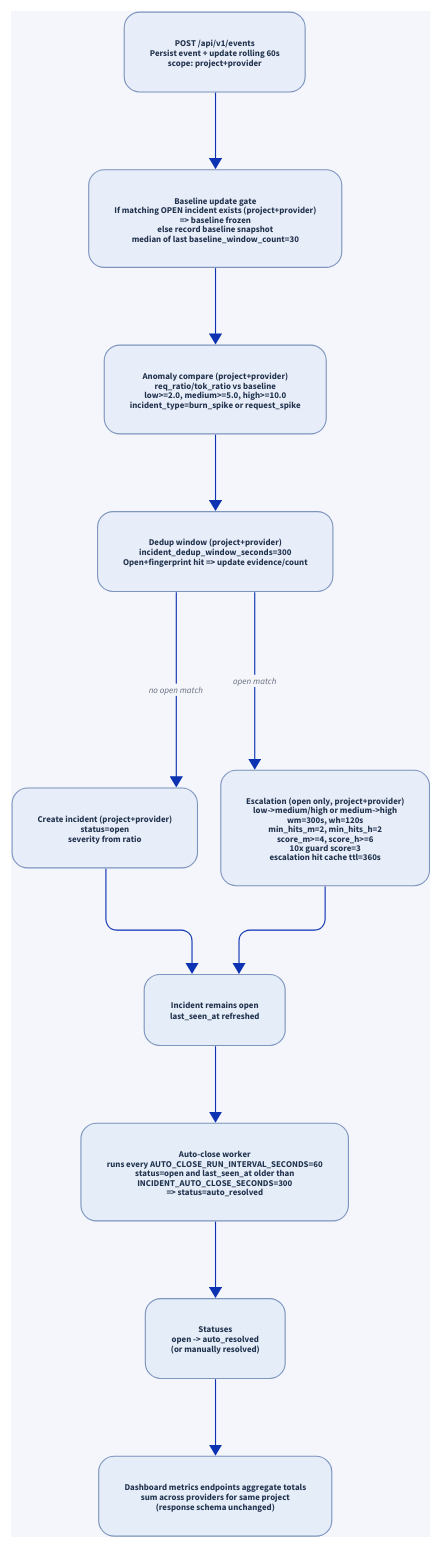
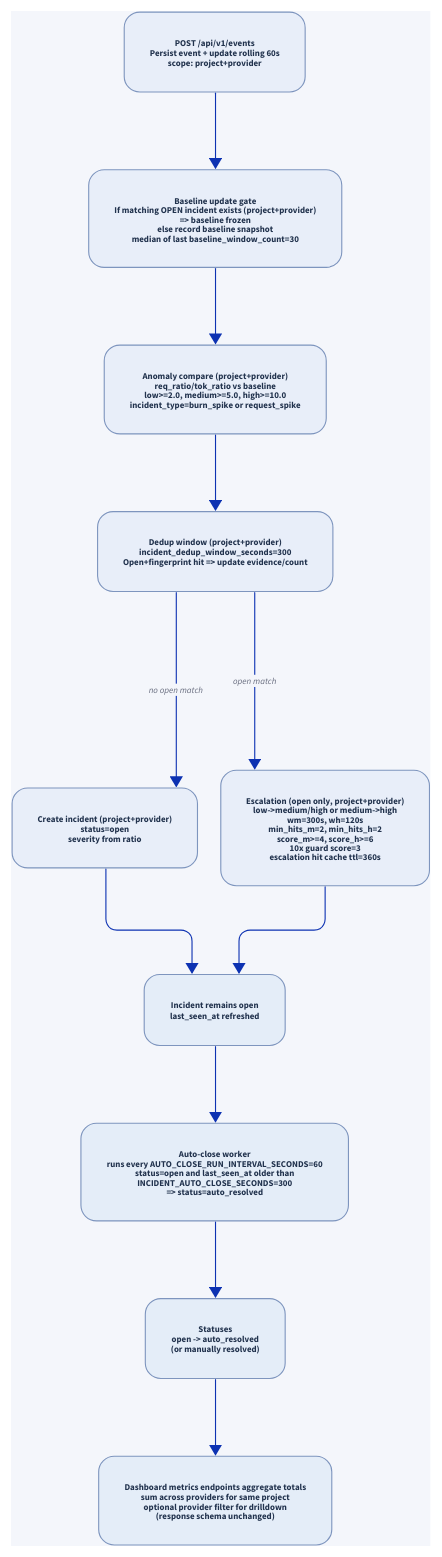
The diagram in docs/architecture/incident_flow.d2 (MichaelTelvin/Rheonic), drawn with D2 before and after one commit. The commit also changed 23 other files, not shown here.

Commit message:
dashboard filtering per provider

```diff
--- a/docs/architecture/incident_flow.d2
+++ b/docs/architecture/incident_flow.d2
@@ -1,184 +1,184 @@
 direction: down
 
 vars: {
   d2-config: {
     pad: 22
     sketch: false
     layout-engine: elk
   }
 }
 
 style: {
   fill: "#f4f6fb"
 }
 
 ingest: "POST /api/v1/events\nPersist event + update rolling 60s\nscope: project+provider" {
   style: {
     fill: "#e8eef9"
     stroke: "#7e95be"
     font-color: "#21324d"
     border-radius: 14
     font-size: 8
     stroke-width: 1
   }
 }
 
 baseline: "Baseline update gate\nIf matching OPEN incident exists (project+provider)\n=> baseline frozen\nelse record baseline snapshot\nmedian of last baseline_window_count=30" {
   style: {
     fill: "#e8eef9"
     stroke: "#7e95be"
     font-color: "#21324d"
     border-radius: 14
     font-size: 8
     stroke-width: 1
   }
 }
 
 detect: "Anomaly compare (project+provider)\nreq_ratio/tok_ratio vs baseline\nlow>=2.0, medium>=5.0, high>=10.0\nincident_type=burn_spike or request_spike" {
   style: {
     fill: "#e8eef9"
     stroke: "#7e95be"
     font-color: "#21324d"
     border-radius: 14
     font-size: 8
     stroke-width: 1
   }
 }
 
 dedup: "Dedup window (project+provider)\nincident_dedup_window_seconds=300\nOpen+fingerprint hit => update evidence/count" {
   style: {
     fill: "#e8eef9"
     stroke: "#7e95be"
     font-color: "#21324d"
     border-radius: 14
     font-size: 8
     stroke-width: 1
   }
 }
 
 create: "Create incident (project+provider)\nstatus=open\nseverity from ratio" {
   style: {
     fill: "#e8eef9"
     stroke: "#7e95be"
     font-color: "#21324d"
     border-radius: 14
     font-size: 8
     stroke-width: 1
   }
 }
 
 escalate: "Escalation (open only, project+provider)\nlow->medium/high or medium->high\nwm=300s, wh=120s\nmin_hits_m=2, min_hits_h=2\nscore_m>=4, score_h>=6\n10x guard score=3\nescalation hit cache ttl=360s" {
   style: {
     fill: "#e8eef9"
     stroke: "#7e95be"
     font-color: "#21324d"
     border-radius: 14
     font-size: 8
     stroke-width: 1
   }
 }
 
 keep_open: "Incident remains open\nlast_seen_at refreshed" {
   style: {
     fill: "#e4edf8"
     stroke: "#7e95be"
     font-color: "#21324d"
     border-radius: 14
     font-size: 8
     stroke-width: 1
   }
 }
 
 auto_close: "Auto-close worker\nruns every AUTO_CLOSE_RUN_INTERVAL_SECONDS=60\nstatus=open and last_seen_at older than\nINCIDENT_AUTO_CLOSE_SECONDS=300\n=> status=auto_resolved" {
   style: {
     fill: "#e4edf8"
     stroke: "#7e95be"
     font-color: "#21324d"
     border-radius: 14
     font-size: 8
     stroke-width: 1
   }
 }
 
 resolved: "Statuses\nopen -> auto_resolved\n(or manually resolved)" {
   style: {
     fill: "#e4edf8"
     stroke: "#7e95be"
     font-color: "#21324d"
     border-radius: 14
     font-size: 8
     stroke-width: 1
   }
 }
 
-aggregate: "Dashboard metrics endpoints aggregate totals\nsum across providers for same project\n(response schema unchanged)" {
+aggregate: "Dashboard metrics endpoints aggregate totals\nsum across providers for same project\noptional provider filter for drilldown\n(response schema unchanged)" {
   style: {
     fill: "#e4edf8"
     stroke: "#7e95be"
     font-color: "#21324d"
     border-radius: 14
     font-size: 8
     stroke-width: 1
   }
 }
 
 ingest -> baseline: {
   style: {
     stroke-width: 1
     font-size: 8
   }
 }
 baseline -> detect: {
   style: {
     stroke-width: 1
     font-size: 8
   }
 }
 detect -> dedup: {
   style: {
     stroke-width: 1
     font-size: 8
   }
 }
 dedup -> create: "no open match" {
   style: {
     stroke-width: 1
     font-size: 8
   }
 }
 dedup -> escalate: "open match" {
   style: {
     stroke-width: 1
     font-size: 8
   }
 }
 create -> keep_open: {
   style: {
     stroke-width: 1
     font-size: 8
   }
 }
 escalate -> keep_open: {
   style: {
     stroke-width: 1
     font-size: 8
   }
 }
 keep_open -> auto_close: {
   style: {
     stroke-width: 1
     font-size: 8
   }
 }
 auto_close -> resolved: {
   style: {
     stroke-width: 1
     font-size: 8
   }
 }
 resolved -> aggregate: {
   style: {
     stroke-width: 1
     font-size: 8
   }
 }
```
